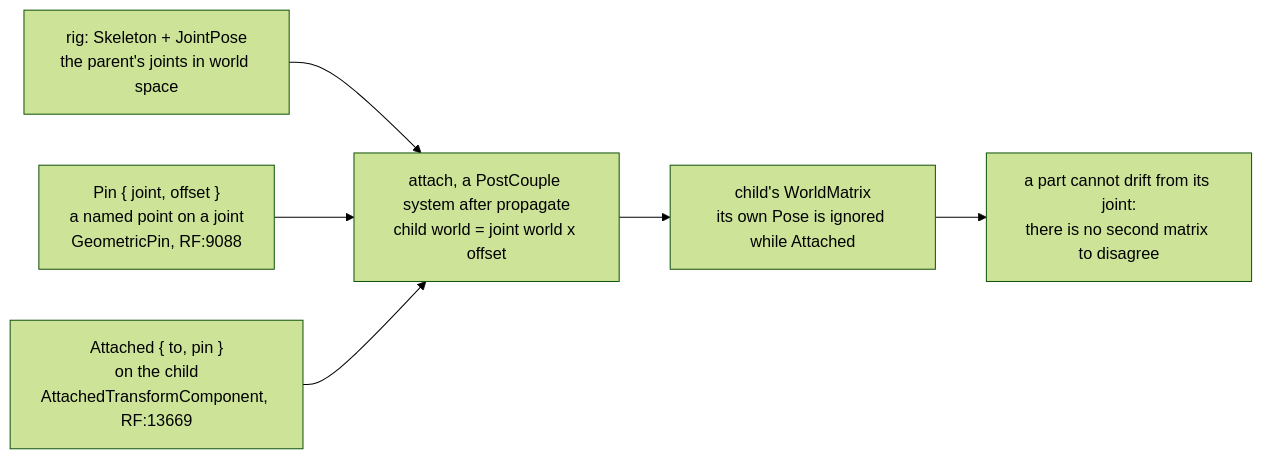
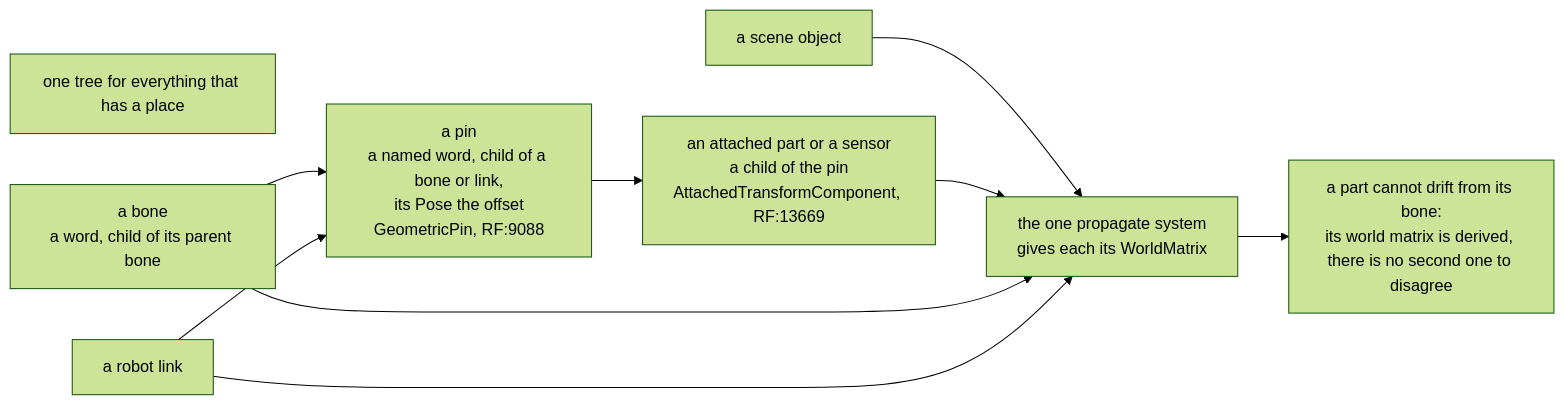
Before and after one commit to gemphi/phikit: the third of 3 diagrams in crates/phicore/phiecs/docs/space.md, drawn with Mermaid (forest theme). The commit also changed other lines of this file and 21 other files, not shown here.

````diff
--- a/crates/phicore/phiecs/docs/space.md
+++ b/crates/phicore/phiecs/docs/space.md
@@ -34,13 +34,17 @@
 ```mermaid
 graph LR
-    p_skel["rig: Skeleton + JointPose<br/>the parent's joints in world space"]
-    p_pin["Pin { joint, offset }<br/>a named point on a joint<br/>GeometricPin, RF:9088"]
-    p_att["Attached { to, pin }<br/>on the child<br/>AttachedTransformComponent, RF:13669"]
-    p_derive["attach, a PostCouple system after propagate<br/>child world = joint world x offset"]
-    p_world["child's WorldMatrix<br/>its own Pose is ignored while Attached"]
-    p_nogap["a part cannot drift from its joint:<br/>there is no second matrix to disagree"]
-    p_skel --> p_derive
-    p_pin --> p_derive
-    p_att --> p_derive
-    p_derive --> p_world --> p_nogap
+    key["one tree for everything that has a place"]
+    p_obj["a scene object"]
+    p_bone["a bone<br/>a word, child of its parent bone"]
+    p_link["a robot link"]
+    p_pin["a pin<br/>a named word, child of a bone or link,<br/>its Pose the offset<br/>GeometricPin, RF:9088"]
+    p_part["an attached part or a sensor<br/>a child of the pin<br/>AttachedTransformComponent, RF:13669"]
+    p_prop["the one propagate system<br/>gives each its WorldMatrix"]
+    p_nogap["a part cannot drift from its bone:<br/>its world matrix is derived, there is no second one to disagree"]
+    p_obj --> p_prop
+    p_bone --> p_pin --> p_part --> p_prop
+    p_link --> p_pin
+    p_bone --> p_prop
+    p_link --> p_prop
+    p_prop --> p_nogap
 ```
````
